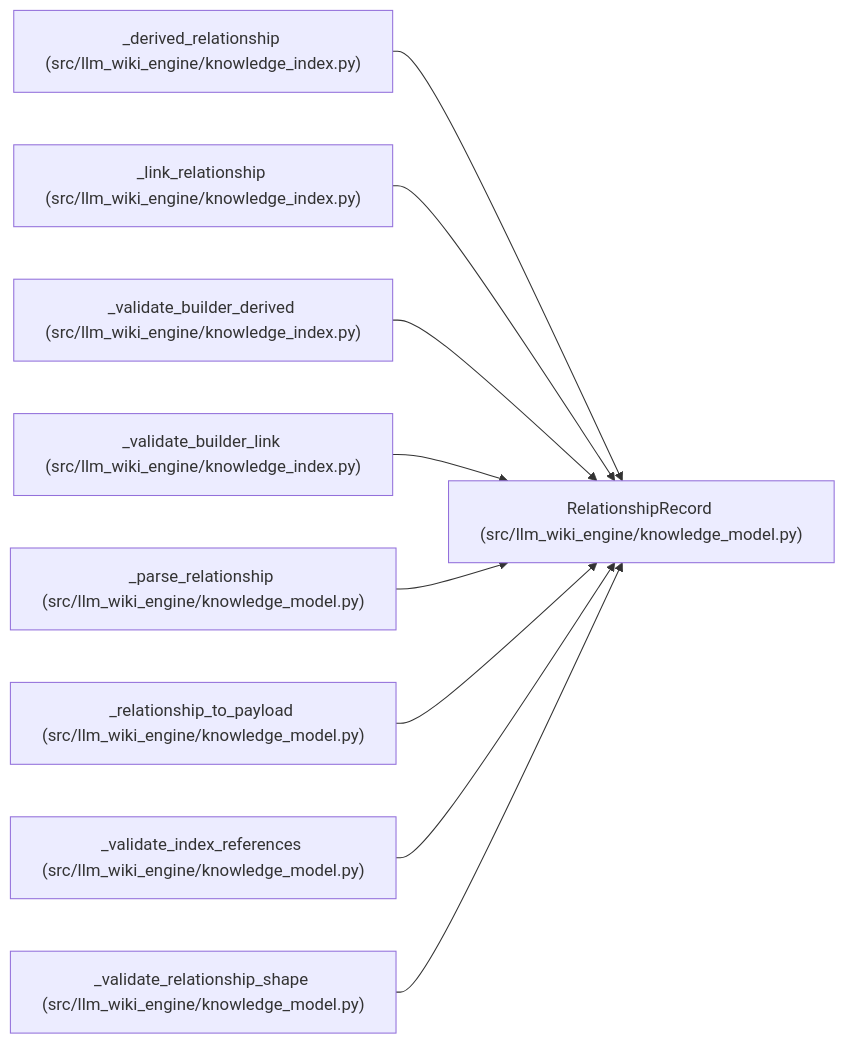
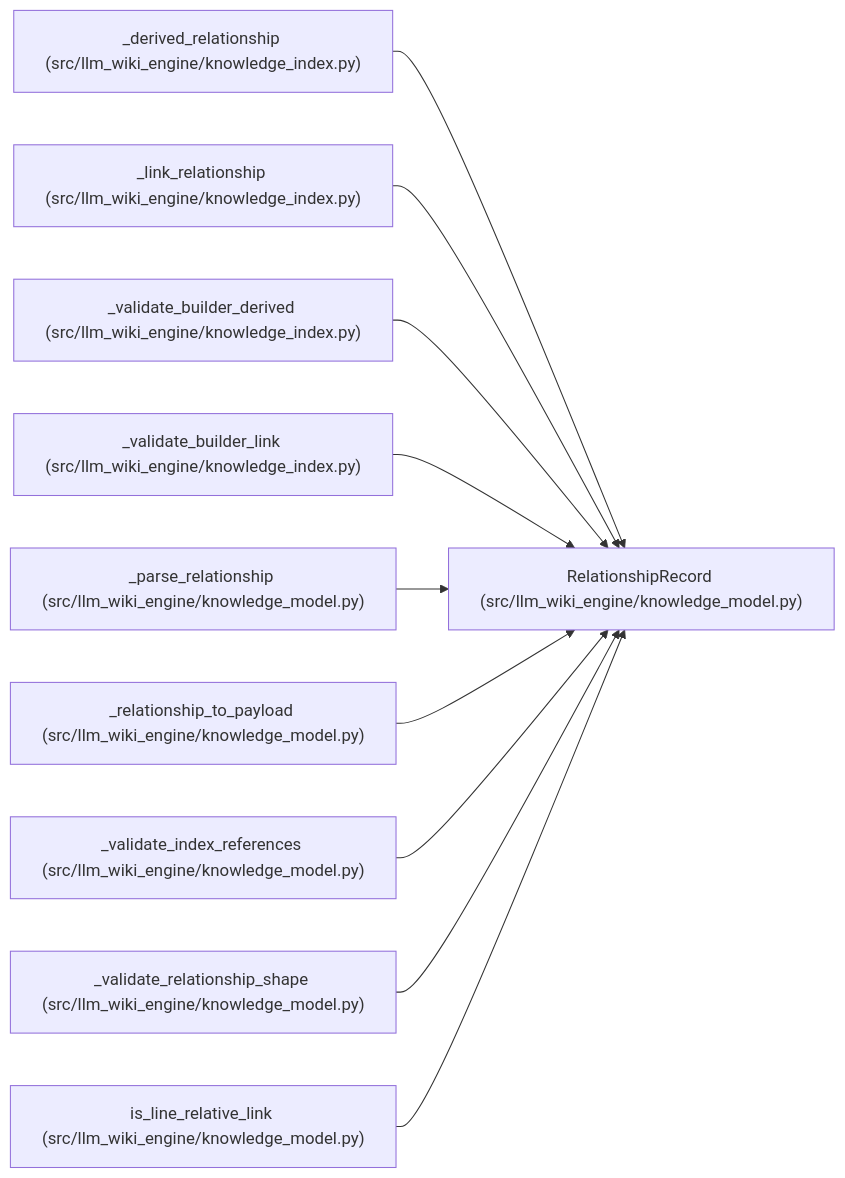
One commit to Denissvgn/python-wiki-llm changed the diagram in docs/llm_wiki/entities/RelationshipRecord.md. Above: the diagram before and after it, drawn with Mermaid. The commit also changed other lines of this file and 725 other files, not shown here.

````diff
--- a/docs/llm_wiki/entities/RelationshipRecord.md
+++ b/docs/llm_wiki/entities/RelationshipRecord.md
@@ -33,29 +33,32 @@
 ```mermaid
 flowchart LR
     n0["RelationshipRecord (src/llm_wiki_engine/knowledge_model.py)"]
     n1["_derived_relationship (src/llm_wiki_engine/knowledge_index.py)"]
     n2["_link_relationship (src/llm_wiki_engine/knowledge_index.py)"]
     n3["_validate_builder_derived (src/llm_wiki_engine/knowledge_index.py)"]
     n4["_validate_builder_link (src/llm_wiki_engine/knowledge_index.py)"]
     n5["_parse_relationship (src/llm_wiki_engine/knowledge_model.py)"]
     n6["_relationship_to_payload (src/llm_wiki_engine/knowledge_model.py)"]
     n7["_validate_index_references (src/llm_wiki_engine/knowledge_model.py)"]
     n8["_validate_relationship_shape (src/llm_wiki_engine/knowledge_model.py)"]
+    n9["is_line_relative_link (src/llm_wiki_engine/knowledge_model.py)"]
     n1 --> n0
     n2 --> n0
     n3 --> n0
     n4 --> n0
     n5 --> n0
     n6 --> n0
     n7 --> n0
     n8 --> n0
+    n9 --> n0
     click n0 "../modules/knowledge_model.md"
     click n1 "../modules/knowledge_index.md"
     click n2 "../modules/knowledge_index.md"
     click n3 "../modules/knowledge_index.md"
     click n4 "../modules/knowledge_index.md"
     click n5 "../modules/knowledge_model.md"
     click n6 "../modules/knowledge_model.md"
     click n7 "../modules/knowledge_model.md"
     click n8 "../modules/knowledge_model.md"
+    click n9 "../modules/knowledge_model.md"
 ```
````
